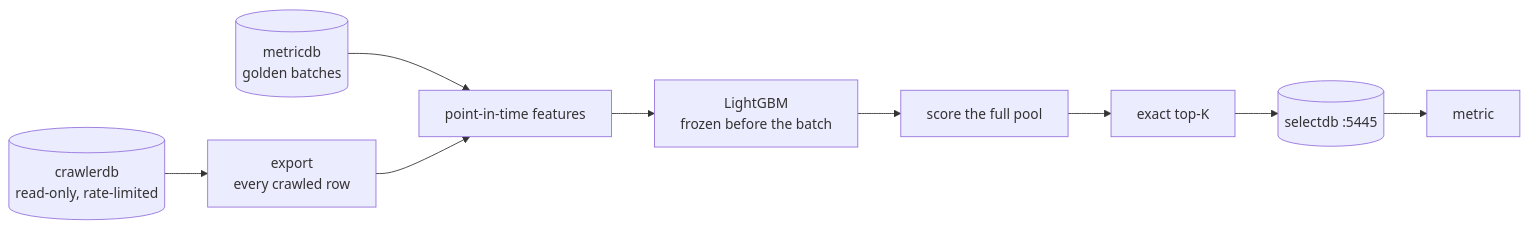
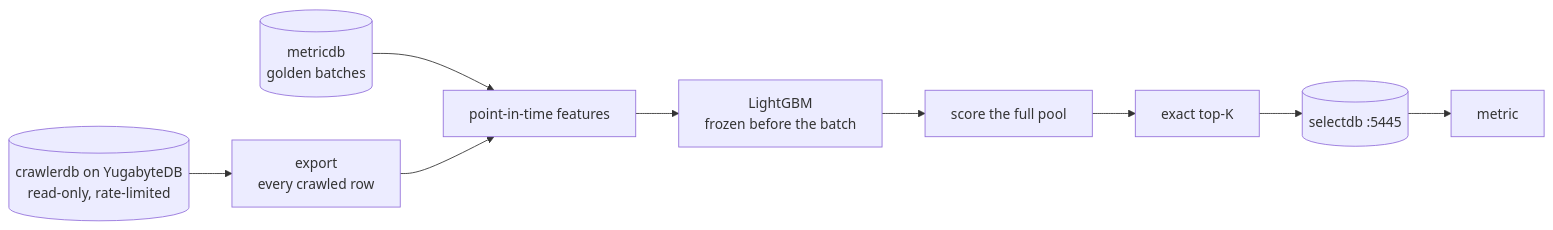
One commit to NTU-CSIE5376/WebSearchEngine changed the diagram in IndexSelectionV2/README.md. Above: the diagram before and after it, drawn with Mermaid. The commit also changed other lines of this file and 15 other files, not shown here.

````diff
--- a/IndexSelectionV2/README.md
+++ b/IndexSelectionV2/README.md
@@ -28,11 +28,11 @@
 ```mermaid
 flowchart LR
-    C[(crawlerdb<br/>read-only, rate-limited)] --> E[export<br/>every crawled row]
+    C[(crawlerdb on YugabyteDB<br/>read-only, rate-limited)] --> E[export<br/>every crawled row]
     G[(metricdb<br/>golden batches)] --> F
     E --> F[point-in-time features]
     F --> T[LightGBM<br/>frozen before the batch]
     T --> S[score the full pool]
     S --> K[exact top-K]
     K --> D[(selectdb :5445)]
     D --> M[metric]
 ```
````
